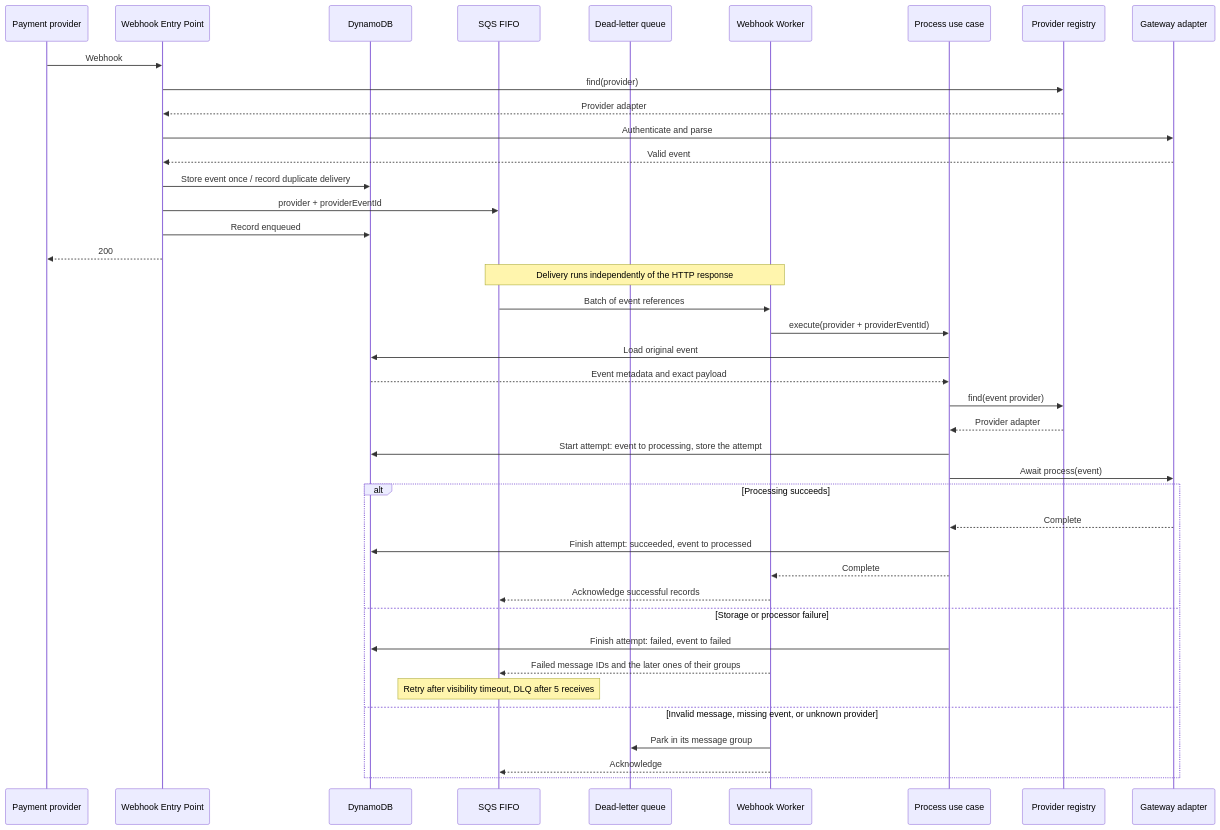
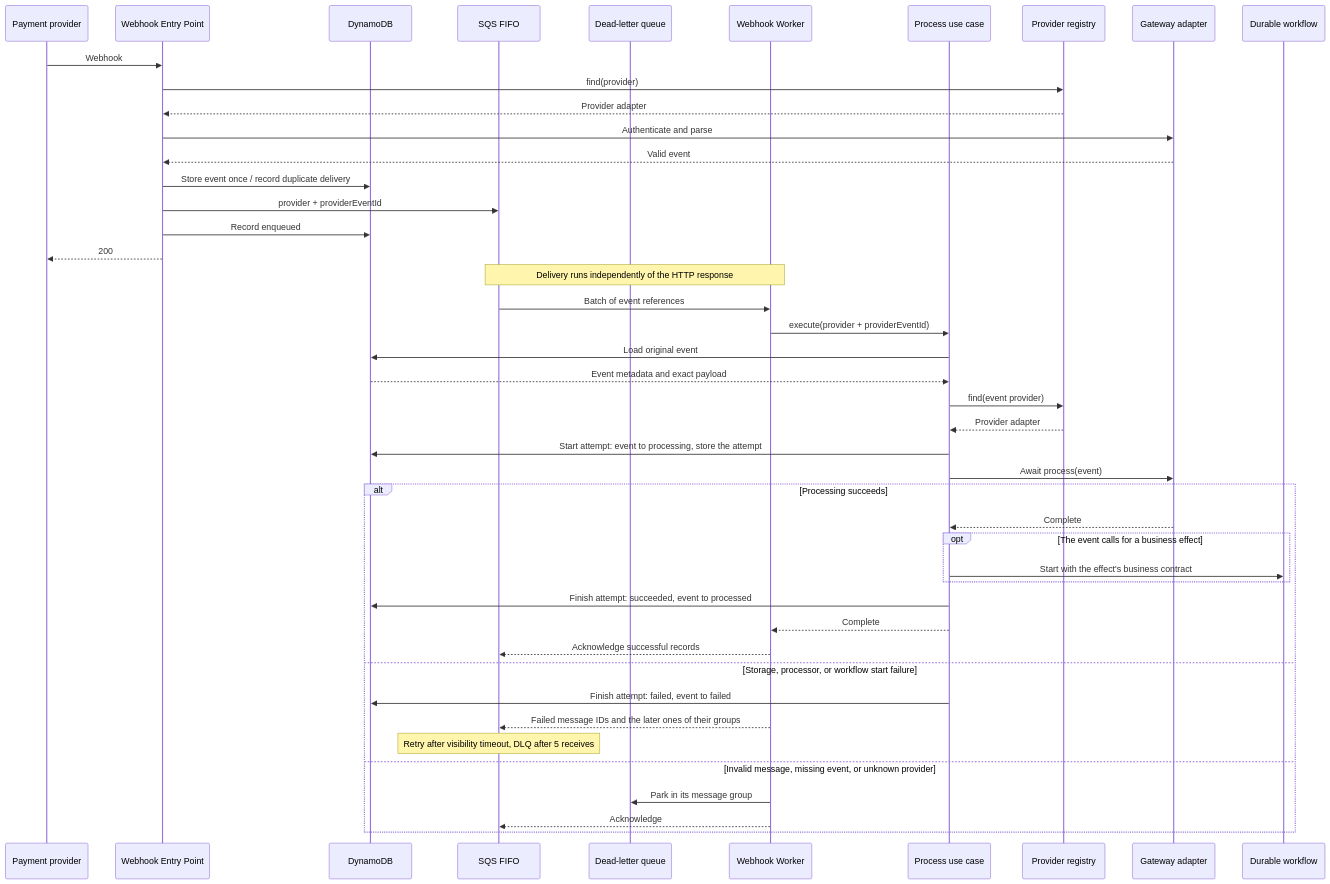
One commit to gabrielroriz/aws-resilient-payment-flow changed the diagram in docs/architecture/webhook-processing.md. Above: the diagram before and after it, drawn with Mermaid. The commit also changed other lines of this file and 58 other files, not shown here.

First line of the commit message:
feat: grant subscription access through a durable workflow

````diff
--- a/docs/architecture/webhook-processing.md
+++ b/docs/architecture/webhook-processing.md
@@ -7,43 +7,47 @@
 ```mermaid
 sequenceDiagram
     participant Provider as Payment provider
     participant Entry as Webhook Entry Point
     participant Store as DynamoDB
     participant Queue as SQS FIFO
     participant DLQ as Dead-letter queue
     participant Worker as Webhook Worker
     participant Process as Process use case
     participant Registry as Provider registry
     participant Gateway as Gateway adapter
+    participant Workflow as Durable workflow
     Provider->>Entry: Webhook
     Entry->>Registry: find(provider)
     Registry-->>Entry: Provider adapter
     Entry->>Gateway: Authenticate and parse
     Gateway-->>Entry: Valid event
     Entry->>Store: Store event once / record duplicate delivery
     Entry->>Queue: provider + providerEventId
     Entry->>Store: Record enqueued
     Entry-->>Provider: 200
     Note over Queue,Worker: Delivery runs independently of the HTTP response
     Queue->>Worker: Batch of event references
     Worker->>Process: execute(provider + providerEventId)
     Process->>Store: Load original event
     Store-->>Process: Event metadata and exact payload
     Process->>Registry: find(event provider)
     Registry-->>Process: Provider adapter
     Process->>Store: Start attempt: event to processing, store the attempt
     Process->>Gateway: Await process(event)
     alt Processing succeeds
         Gateway-->>Process: Complete
+        opt The event calls for a business effect
+            Process->>Workflow: Start with the effect's business contract
+        end
         Process->>Store: Finish attempt: succeeded, event to processed
         Process-->>Worker: Complete
         Worker-->>Queue: Acknowledge successful records
-    else Storage or processor failure
+    else Storage, processor, or workflow start failure
         Process->>Store: Finish attempt: failed, event to failed
         Worker-->>Queue: Failed message IDs and the later ones of their groups
         Note over Queue: Retry after visibility timeout, DLQ after 5 receives
     else Invalid message, missing event, or unknown provider
         Worker->>DLQ: Park in its message group
         Worker-->>Queue: Acknowledge
     end
 ```
````
